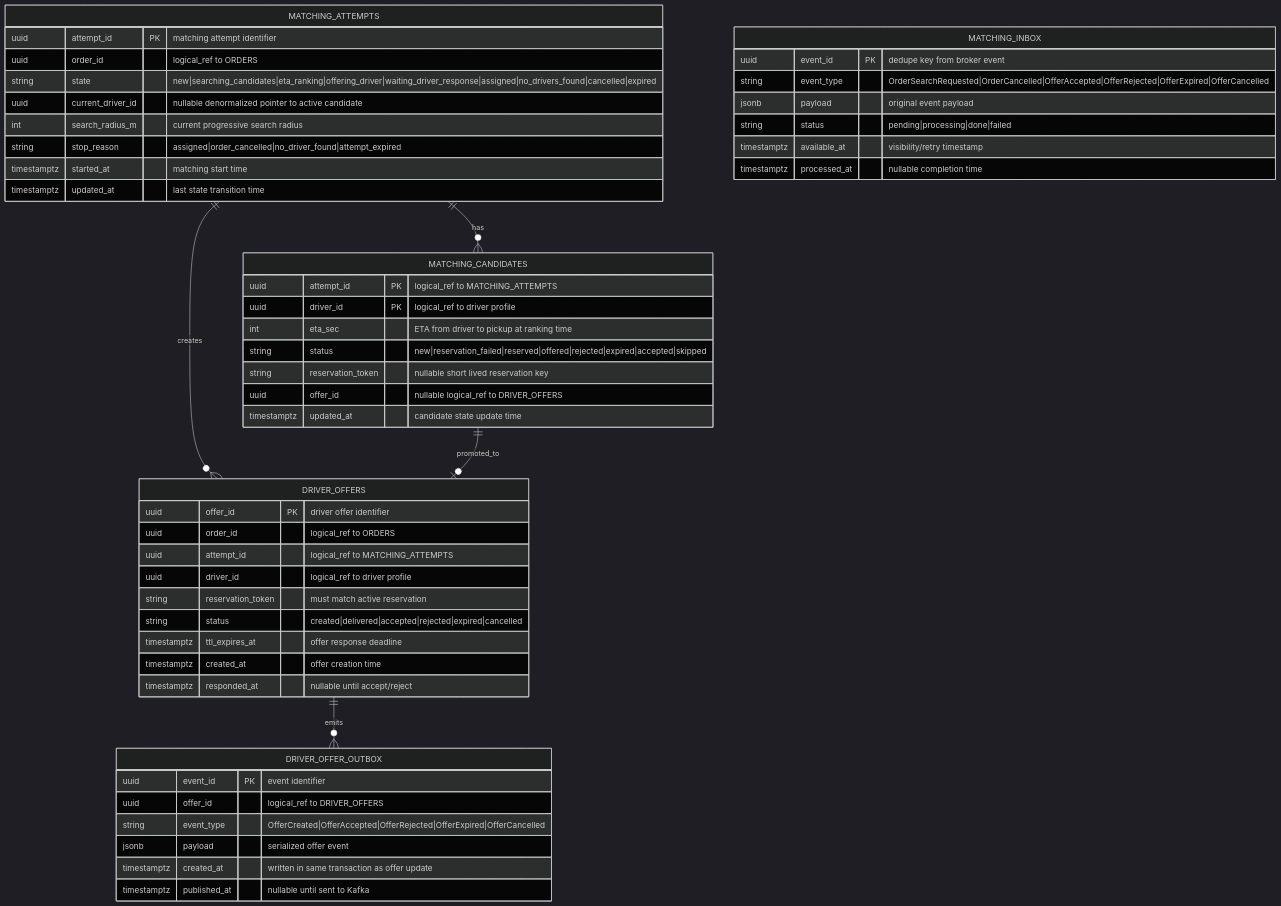
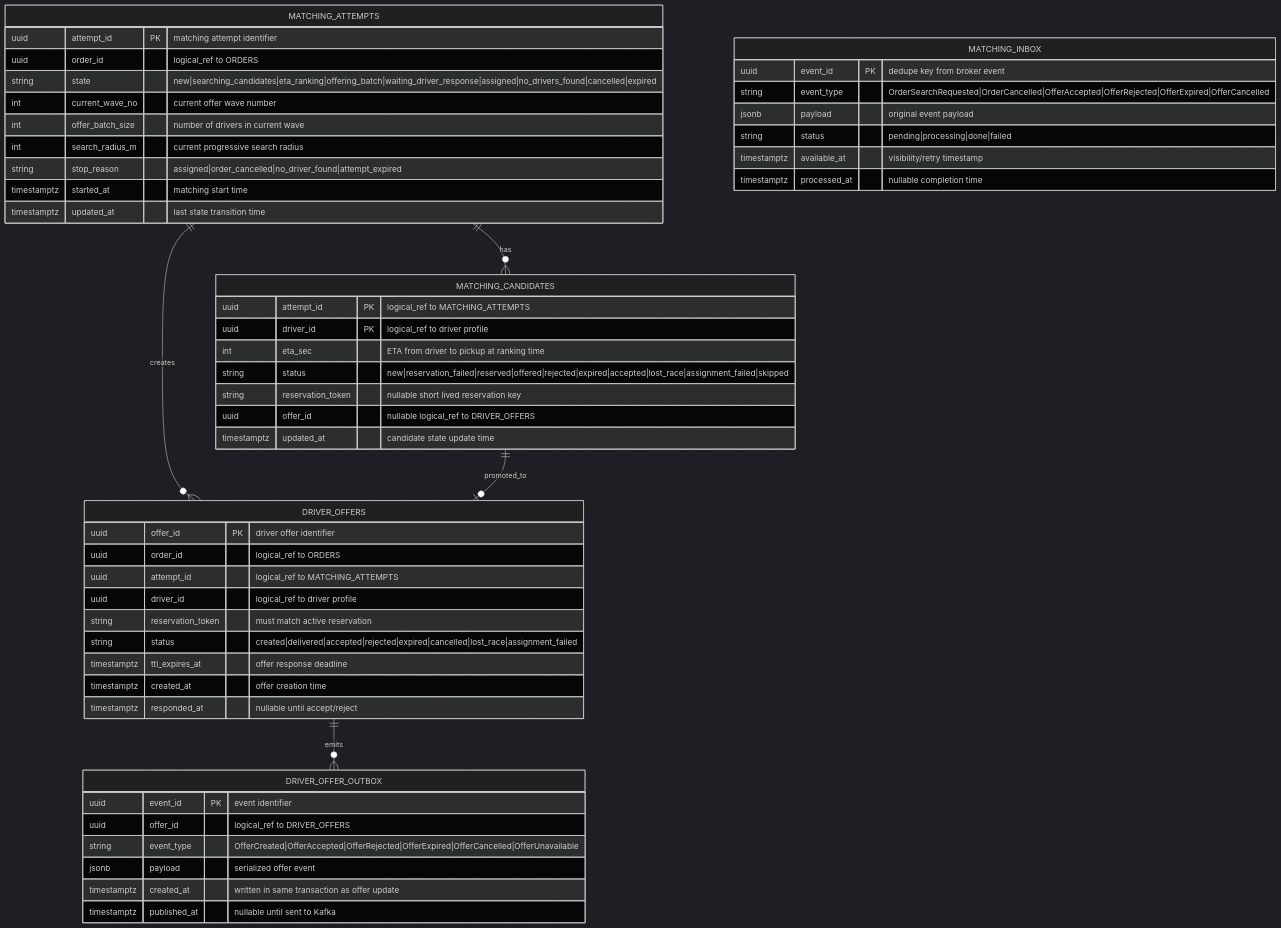
One commit to almostinf/taxi-ordering-service-system-design changed the eighth of 9 diagrams in dev-solution.md. Above: the diagram before and after it, drawn with Mermaid (dark theme). The commit also changed other lines of this file, not shown here.

````diff
--- a/dev-solution.md
+++ b/dev-solution.md
@@ -1520,58 +1287,59 @@
 ```mermaid
 erDiagram
     MATCHING_ATTEMPTS {
         uuid attempt_id PK "matching attempt identifier"
         uuid order_id "logical_ref to ORDERS"
-        string state "new|searching_candidates|eta_ranking|offering_driver|waiting_driver_response|assigned|no_drivers_found|cancelled|expired"
-        uuid current_driver_id "nullable denormalized pointer to active candidate"
+        string state "new|searching_candidates|eta_ranking|offering_batch|waiting_driver_response|assigned|no_drivers_found|cancelled|expired"
+        int current_wave_no "current offer wave number"
+        int offer_batch_size "number of drivers in current wave"
         int search_radius_m "current progressive search radius"
         string stop_reason "assigned|order_cancelled|no_driver_found|attempt_expired"
         timestamptz started_at "matching start time"
         timestamptz updated_at "last state transition time"
     }
 
     MATCHING_CANDIDATES {
         uuid attempt_id PK "logical_ref to MATCHING_ATTEMPTS"
         uuid driver_id PK "logical_ref to driver profile"
         int eta_sec "ETA from driver to pickup at ranking time"
-        string status "new|reservation_failed|reserved|offered|rejected|expired|accepted|skipped"
+        string status "new|reservation_failed|reserved|offered|rejected|expired|accepted|lost_race|assignment_failed|skipped"
         string reservation_token "nullable short lived reservation key"
         uuid offer_id "nullable logical_ref to DRIVER_OFFERS"
         timestamptz updated_at "candidate state update time"
     }
 
     MATCHING_INBOX {
         uuid event_id PK "dedupe key from broker event"
         string event_type "OrderSearchRequested|OrderCancelled|OfferAccepted|OfferRejected|OfferExpired|OfferCancelled"
         jsonb payload "original event payload"
         string status "pending|processing|done|failed"
         timestamptz available_at "visibility/retry timestamp"
         timestamptz processed_at "nullable completion time"
     }
 
     DRIVER_OFFERS {
         uuid offer_id PK "driver offer identifier"
         uuid order_id "logical_ref to ORDERS"
         uuid attempt_id "logical_ref to MATCHING_ATTEMPTS"
         uuid driver_id "logical_ref to driver profile"
         string reservation_token "must match active reservation"
-        string status "created|delivered|accepted|rejected|expired|cancelled"
+        string status "created|delivered|accepted|rejected|expired|cancelled|lost_race|assignment_failed"
         timestamptz ttl_expires_at "offer response deadline"
         timestamptz created_at "offer creation time"
         timestamptz responded_at "nullable until accept/reject"
     }
 
     DRIVER_OFFER_OUTBOX {
         uuid event_id PK "event identifier"
         uuid offer_id "logical_ref to DRIVER_OFFERS"
-        string event_type "OfferCreated|OfferAccepted|OfferRejected|OfferExpired|OfferCancelled"
+        string event_type "OfferCreated|OfferAccepted|OfferRejected|OfferExpired|OfferCancelled|OfferUnavailable"
         jsonb payload "serialized offer event"
         timestamptz created_at "written in same transaction as offer update"
         timestamptz published_at "nullable until sent to Kafka"
     }
 
     MATCHING_ATTEMPTS ||--o{ MATCHING_CANDIDATES : has
     MATCHING_ATTEMPTS ||--o{ DRIVER_OFFERS : creates
     MATCHING_CANDIDATES ||--o| DRIVER_OFFERS : promoted_to
     DRIVER_OFFERS ||--o{ DRIVER_OFFER_OUTBOX : emits
 ```
````
